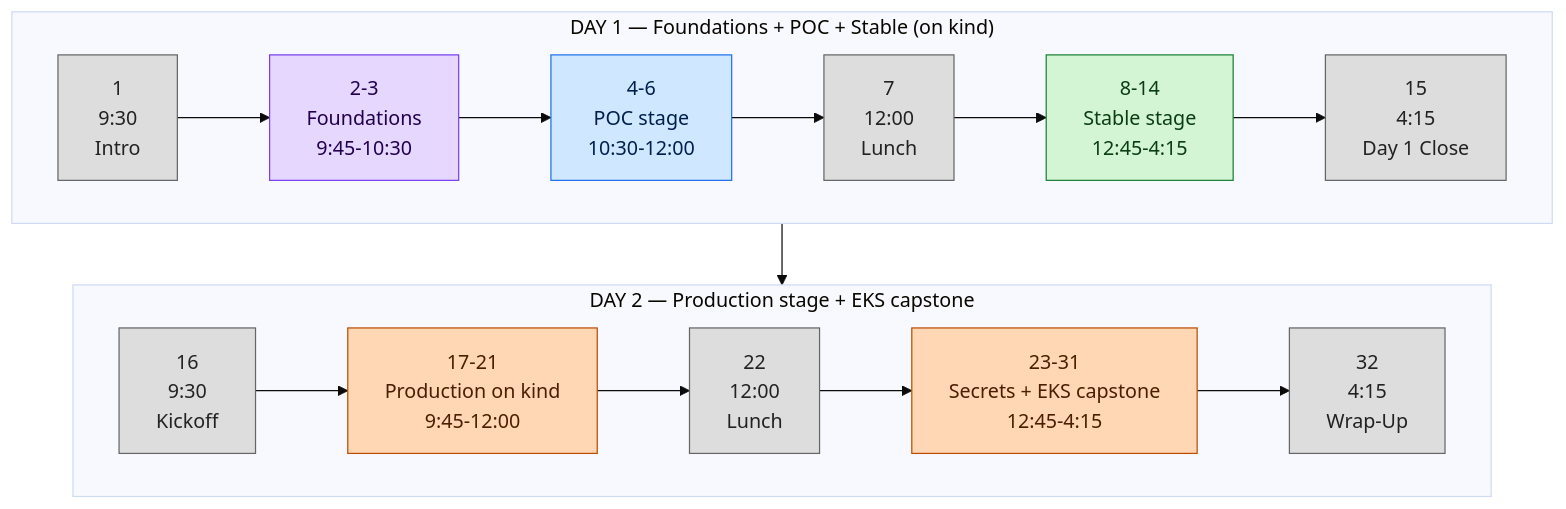
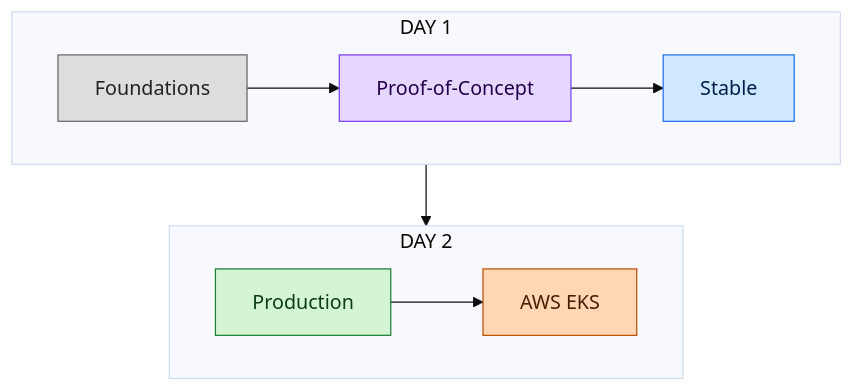
Before and after one commit to ALT-F4-LLC/fem-kubernetes: the diagram in docs/workshop/diagrams/day-shape.mmd, drawn with Mermaid (base theme). The commit also changed 6 other files, not shown here.

First line of the commit message:
feat(workshop): add per-build LEGO diagrams, intro slides, and simplify build

```diff
--- a/docs/workshop/diagrams/day-shape.mmd
+++ b/docs/workshop/diagrams/day-shape.mmd
@@ -1,27 +1,21 @@
 flowchart TB
-    subgraph D1["DAY 1 — Foundations + POC + Stable (on kind)"]
+    subgraph D1["DAY 1"]
         direction LR
-        A1["1<br/>9:30<br/>Intro"]:::interlude
-        A2["2-3<br/>Foundations<br/>9:45-10:30"]:::found
-        A3["4-6<br/>POC stage<br/>10:30-12:00"]:::poc
-        A4["7<br/>12:00<br/>Lunch"]:::interlude
-        A5["8-14<br/>Stable stage<br/>12:45-4:15"]:::stable
-        A6["15<br/>4:15<br/>Day 1 Close"]:::interlude
-        A1 --> A2 --> A3 --> A4 --> A5 --> A6
+        A1["Foundations"]:::found
+        A2["Proof-of-Concept"]:::poc
+        A3["Stable"]:::stable
+        A1 --> A2 --> A3
     end
-    subgraph D2["DAY 2 — Production stage + EKS capstone"]
+    subgraph D2["DAY 2"]
         direction LR
-        B1["16<br/>9:30<br/>Kickoff"]:::interlude
-        B2["17-21<br/>Production on kind<br/>9:45-12:00"]:::production
-        B3["22<br/>12:00<br/>Lunch"]:::interlude
-        B4["23-31<br/>Secrets + EKS capstone<br/>12:45-4:15"]:::production
-        B5["32<br/>4:15<br/>Wrap-Up"]:::interlude
-        B1 --> B2 --> B3 --> B4 --> B5
+        B1["Production"]:::production
+        B2["AWS EKS"]:::eks
+        B1 --> B2
     end
     D1 --> D2
 
-    classDef interlude fill:#ddd,stroke:#666,color:#222
-    classDef found fill:#e6d7ff,stroke:#7a3ff2,color:#23004d
-    classDef poc fill:#cfe8ff,stroke:#1f6feb,color:#001f4d
-    classDef stable fill:#d4f5d4,stroke:#1a7f37,color:#0a3d12
-    classDef production fill:#ffd7b5,stroke:#bc4c00,color:#4d1d00
+    classDef found fill:#ddd,stroke:#666,color:#222
+    classDef poc fill:#e6d7ff,stroke:#7a3ff2,color:#23004d
+    classDef stable fill:#cfe8ff,stroke:#1f6feb,color:#001f4d
+    classDef production fill:#d4f5d4,stroke:#1a7f37,color:#0a3d12
+    classDef eks fill:#ffd7b5,stroke:#bc4c00,color:#4d1d00
```
